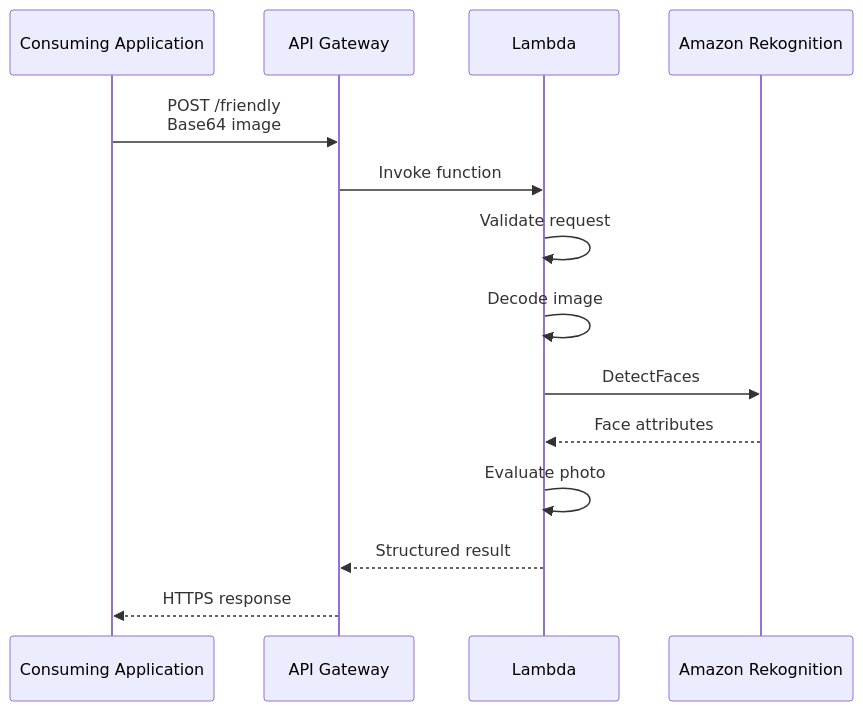
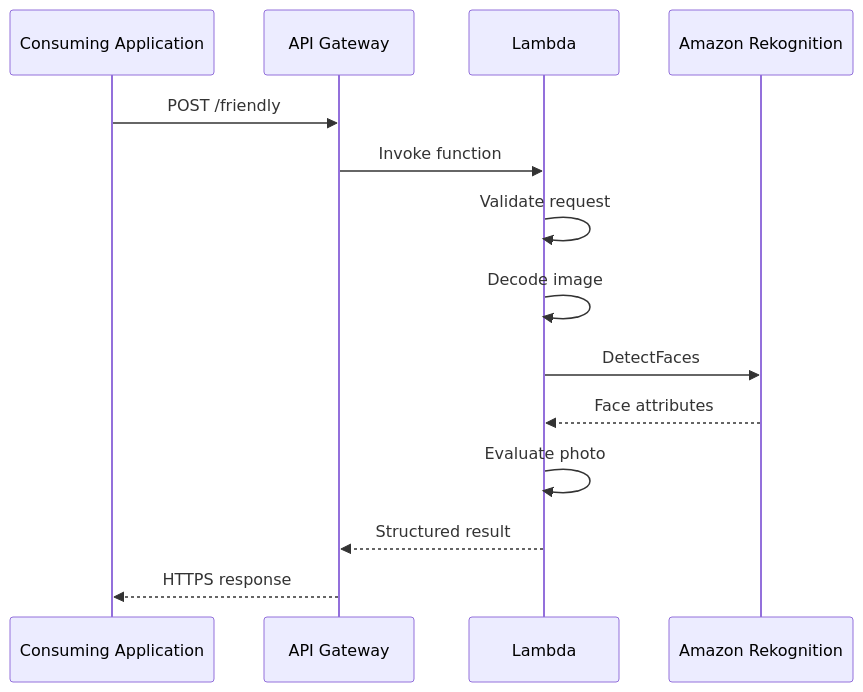
One commit to aliaagamall/cloud-projects changed the second of 12 diagrams in 02-image-analyzer/docs/architecture.md. Above: the diagram before and after it, drawn with Mermaid. The commit also changed other lines of this file, not shown here.

Commit message:
fix(architecture): correct GitHub Mermaid diagrams

````diff
--- a/02-image-analyzer/docs/architecture.md
+++ b/02-image-analyzer/docs/architecture.md
@@ -49,17 +44,17 @@
 ```mermaid
 sequenceDiagram
     participant Client as Consuming Application
     participant API as API Gateway
     participant Lambda as Lambda
     participant Rekognition as Amazon Rekognition
 
-    Client->>API: POST /friendly<br/>Base64 image
+    Client->>API: POST /friendly
     API->>Lambda: Invoke function
     Lambda->>Lambda: Validate request
     Lambda->>Lambda: Decode image
     Lambda->>Rekognition: DetectFaces
     Rekognition-->>Lambda: Face attributes
     Lambda->>Lambda: Evaluate photo
     Lambda-->>API: Structured result
     API-->>Client: HTTPS response
 ```
````
